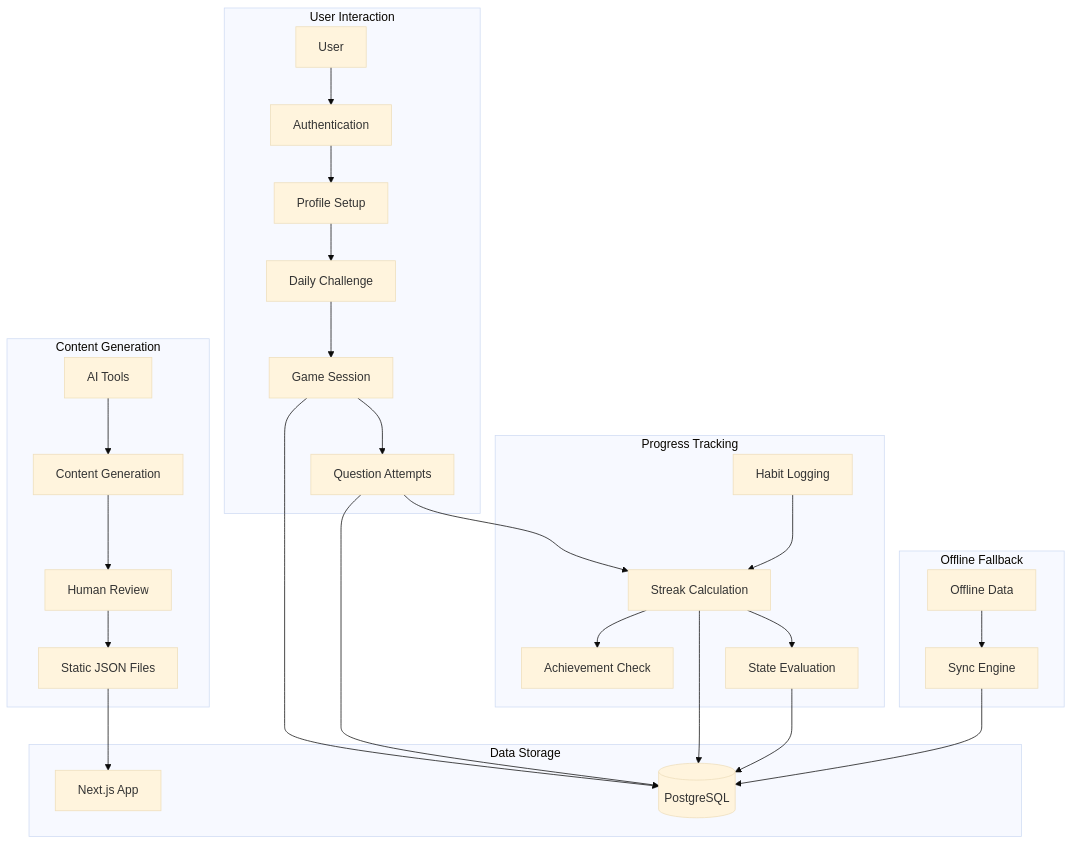
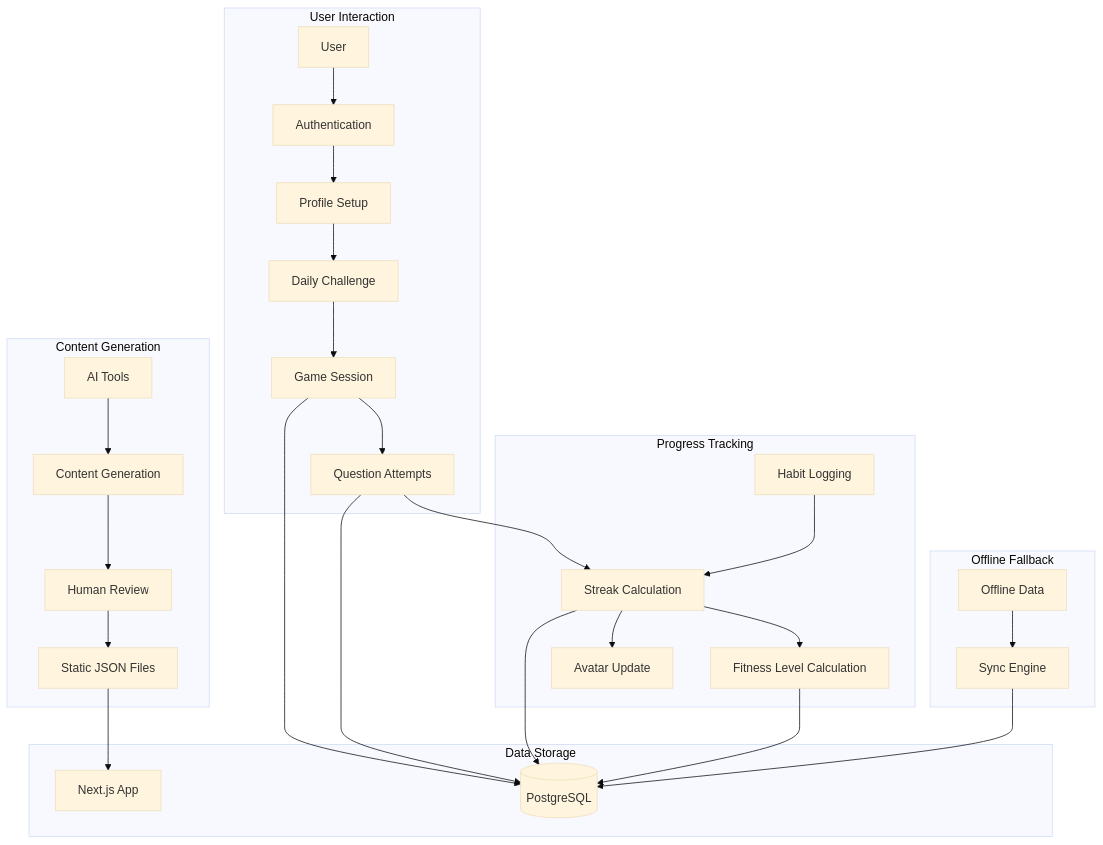
One commit to midearth-labs/fit-journey changed the second of 2 diagrams in game/design/architecture.md. Above: the diagram before and after it, drawn with Mermaid (base theme). The commit also changed other lines of this file and 26 other files, not shown here.

Commit message:
Simplifying streak and avatar calculations by removing complex state management and just having a code-based algorithm.

````diff
--- a/game/design/architecture.md
+++ b/game/design/architecture.md
@@ -289,36 +284,36 @@
 ```mermaid
 flowchart TD
     subgraph "Content Generation"
         AI[AI Tools] --> ContentGen[Content Generation]
         ContentGen --> Validation[Human Review]
         Validation --> StaticJSON[Static JSON Files]
     end
     
     subgraph "User Interaction"
         User[User] --> Auth[Authentication]
         Auth --> Profile[Profile Setup]
         Profile --> DailyChallenge[Daily Challenge]
         DailyChallenge --> GameSession[Game Session]
         GameSession --> QuestionAttempt[Question Attempts]
     end
     
     subgraph "Progress Tracking"
         QuestionAttempt --> StreakCalc[Streak Calculation]
         HabitLog[Habit Logging] --> StreakCalc
-        StreakCalc --> AchievementCheck[Achievement Check]
-        StreakCalc --> StateEval[State Evaluation]
+        StreakCalc --> FitnessLevelCalc[Fitness Level Calculation]
+        StreakCalc --> AvatarUpdate[Avatar Update]
     end
     
     subgraph "Data Storage"
         StaticJSON --> NextJS[Next.js App]
         GameSession --> PostgreSQL[(PostgreSQL)]
         QuestionAttempt --> PostgreSQL
         StreakCalc --> PostgreSQL
-        StateEval --> PostgreSQL
+        FitnessLevelCalc --> PostgreSQL
     end
     
     subgraph "Offline Fallback"
         OfflineData[Offline Data] --> Sync[Sync Engine]
         Sync --> PostgreSQL
     end
 ```
````
